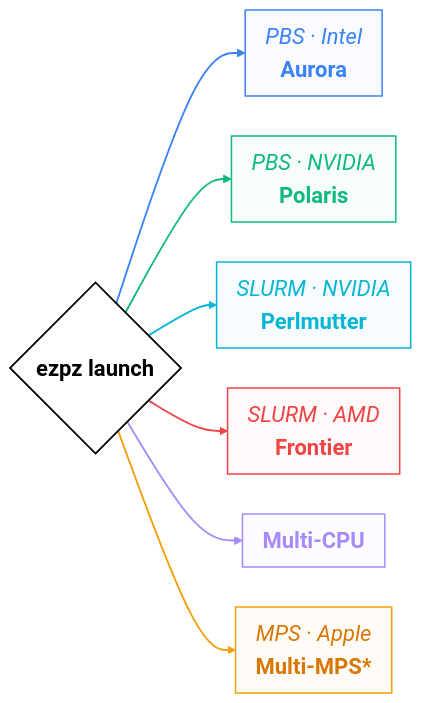
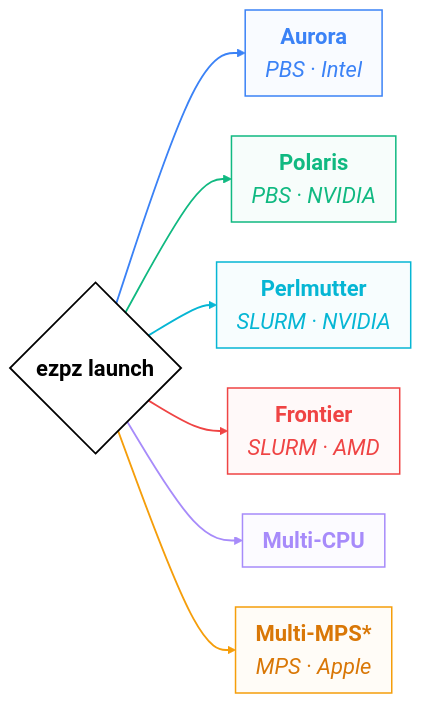
One commit to saforem2/samf.sh changed the first of 3 diagrams in web/src/pages/talks/2026/11/20/index.mdx. Above: the diagram before and after it, drawn with Mermaid. The commit also changed other lines of this file and 4 other files, not shown here.

````diff
--- a/web/src/pages/talks/2026/11/20/index.mdx
+++ b/web/src/pages/talks/2026/11/20/index.mdx
@@ -121,32 +129,32 @@
 ```mermaid
 %%{init: {'themeVariables': {'fontSize': '22px'}, 'flowchart': {'nodeSpacing': 40, 'rankSpacing': 36, 'padding': 10}}}%%
 flowchart LR
     EZ{"<span style='font-weight:700'>ezpz launch</span>"}
-    EZ --> AURORA["<i>PBS · Intel</i><br/><span style='font-weight:700'>Aurora</span>"]
-    EZ --> POLARIS["<i>PBS · NVIDIA</i><br/><span style='font-weight:700'>Polaris</span>"]
-    EZ --> PM["<i>SLURM · NVIDIA</i><br/><span style='font-weight:700'>Perlmutter</span>"]
-    EZ --> FRONTIER["<i>SLURM · AMD</i><br/><span style='font-weight:700'>Frontier</span>"]
+    EZ --> AURORA["<span style='font-weight:700'>Aurora</span><br/><i>PBS · Intel</i>"]
+    EZ --> POLARIS["<span style='font-weight:700'>Polaris</span><br/><i>PBS · NVIDIA</i>"]
+    EZ --> PM["<span style='font-weight:700'>Perlmutter</span><br/><i>SLURM · NVIDIA</i>"]
+    EZ --> FRONTIER["<span style='font-weight:700'>Frontier</span><br/><i>SLURM · AMD</i>"]
     EZ --> MAC["<span style='font-weight:700'>Multi-CPU</span>"]
-    EZ --> MPS["<i>MPS · Apple</i><br/><span style='font-weight:700'>Multi-MPS*</span>"]
+    EZ --> MPS["<span style='font-weight:700'>Multi-MPS*</span><br/><i>MPS · Apple</i>"]
 
     classDef hub        fill:none,stroke:currentColor,color:currentColor,stroke-width:1.8px
     linkStyle 0 stroke:#3b82f6,stroke-width:1.8px
     linkStyle 1 stroke:#10b981,stroke-width:1.8px
     linkStyle 2 stroke:#06b6d4,stroke-width:1.8px
     linkStyle 3 stroke:#ef4444,stroke-width:1.8px
     linkStyle 4 stroke:#a78bfa,stroke-width:1.8px
     linkStyle 5 stroke:#f59e0b,stroke-width:1.8px
     classDef aurora     fill:#3b82f608,stroke:#3b82f6,color:#3b82f6,stroke-width:1.5px
     classDef polaris    fill:#10b98108,stroke:#10b981,color:#10b981,stroke-width:1.5px
     classDef perlmutter fill:#06b6d408,stroke:#06b6d4,color:#06b6d4,stroke-width:1.5px
     classDef frontier   fill:#ef444408,stroke:#ef4444,color:#ef4444,stroke-width:1.5px
     classDef mac        fill:#a78bfa08,stroke:#a78bfa,color:#a78bfa,stroke-width:1.5px
     classDef mps        fill:#f59e0b08,stroke:#f59e0b,color:#d97706,stroke-width:1.5px
     class EZ hub
     class AURORA aurora
     class POLARIS polaris
     class PM perlmutter
     class FRONTIER frontier
     class MAC mac
     class MPS mps
 ```
````
